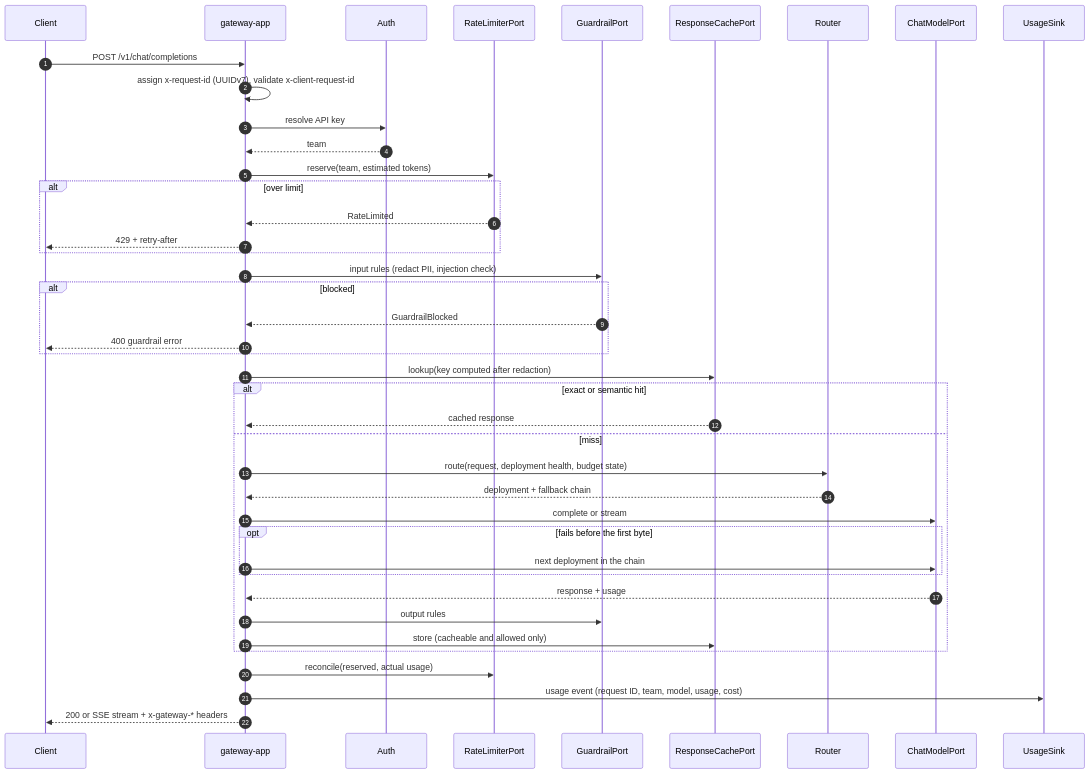
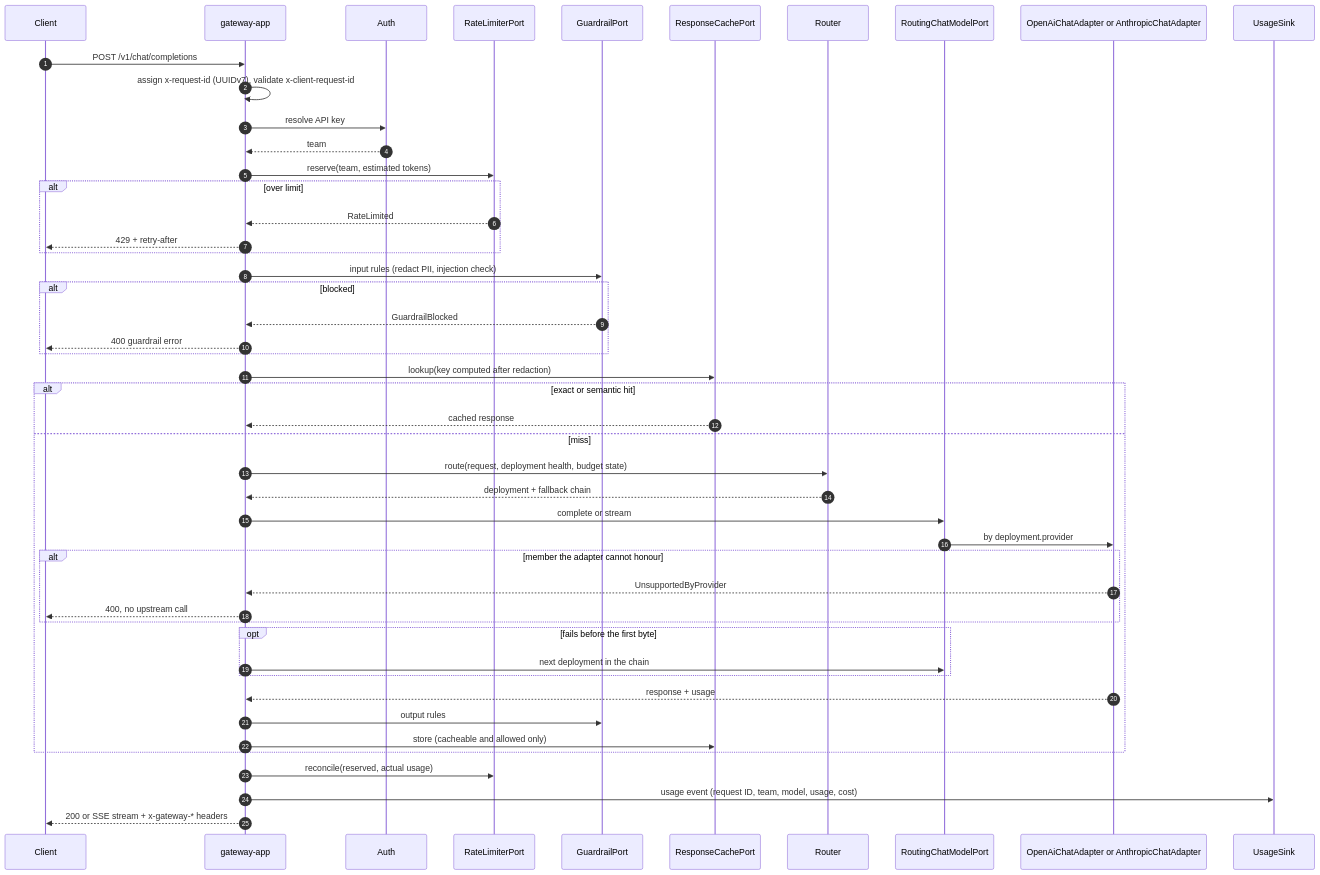
One commit to pdroacordi/kotlin-llm-gateway changed the diagram in docs/diagrams/sequence-chat-completion.md. Above: the diagram before and after it, drawn with Mermaid. The commit also changed other lines of this file and 150 other files, not shown here.

First line of the commit message:
feat(gateway): add the Anthropic adapter behind the chat port

````diff
--- a/docs/diagrams/sequence-chat-completion.md
+++ b/docs/diagrams/sequence-chat-completion.md
@@ -5,45 +5,51 @@
 ```mermaid
 sequenceDiagram
     autonumber
     participant C as Client
     participant API as gateway-app
     participant A as Auth
     participant RL as RateLimiterPort
     participant G as GuardrailPort
     participant K as ResponseCachePort
     participant R as Router
-    participant P as ChatModelPort
+    participant P as RoutingChatModelPort
+    participant D as OpenAiChatAdapter or AnthropicChatAdapter
     participant U as UsageSink
 
     C->>API: POST /v1/chat/completions
     API->>API: assign x-request-id (UUIDv7), validate x-client-request-id
     API->>A: resolve API key
     A-->>API: team
     API->>RL: reserve(team, estimated tokens)
     alt over limit
         RL-->>API: RateLimited
         API-->>C: 429 + retry-after
     end
     API->>G: input rules (redact PII, injection check)
     alt blocked
         G-->>API: GuardrailBlocked
         API-->>C: 400 guardrail error
     end
     API->>K: lookup(key computed after redaction)
     alt exact or semantic hit
         K-->>API: cached response
     else miss
         API->>R: route(request, deployment health, budget state)
         R-->>API: deployment + fallback chain
         API->>P: complete or stream
+        P->>D: by deployment.provider
+        alt member the adapter cannot honour
+            D-->>API: UnsupportedByProvider
+            API-->>C: 400, no upstream call
+        end
         opt fails before the first byte
             API->>P: next deployment in the chain
         end
-        P-->>API: response + usage
+        D-->>API: response + usage
         API->>G: output rules
         API->>K: store (cacheable and allowed only)
     end
     API->>RL: reconcile(reserved, actual usage)
     API->>U: usage event (request ID, team, model, usage, cost)
     API-->>C: 200 or SSE stream + x-gateway-* headers
 ```
````
